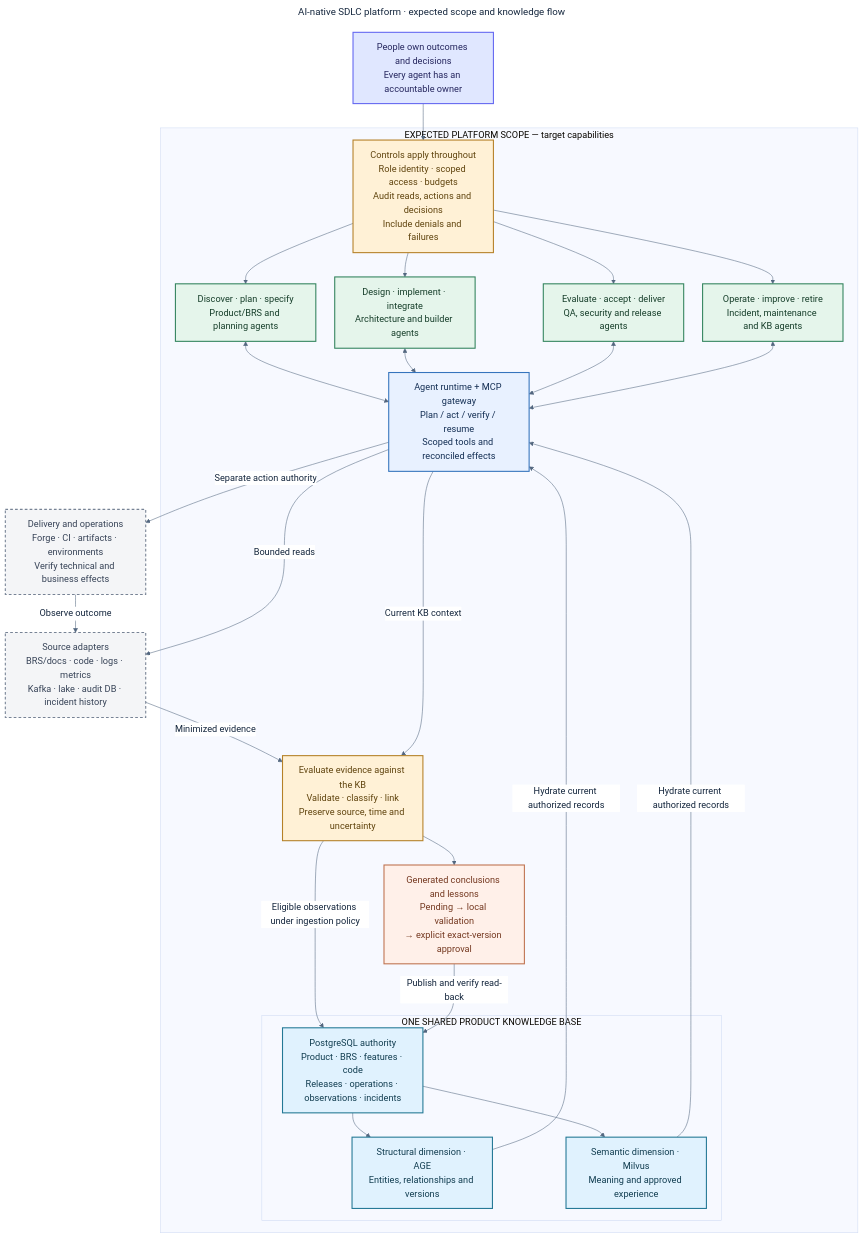
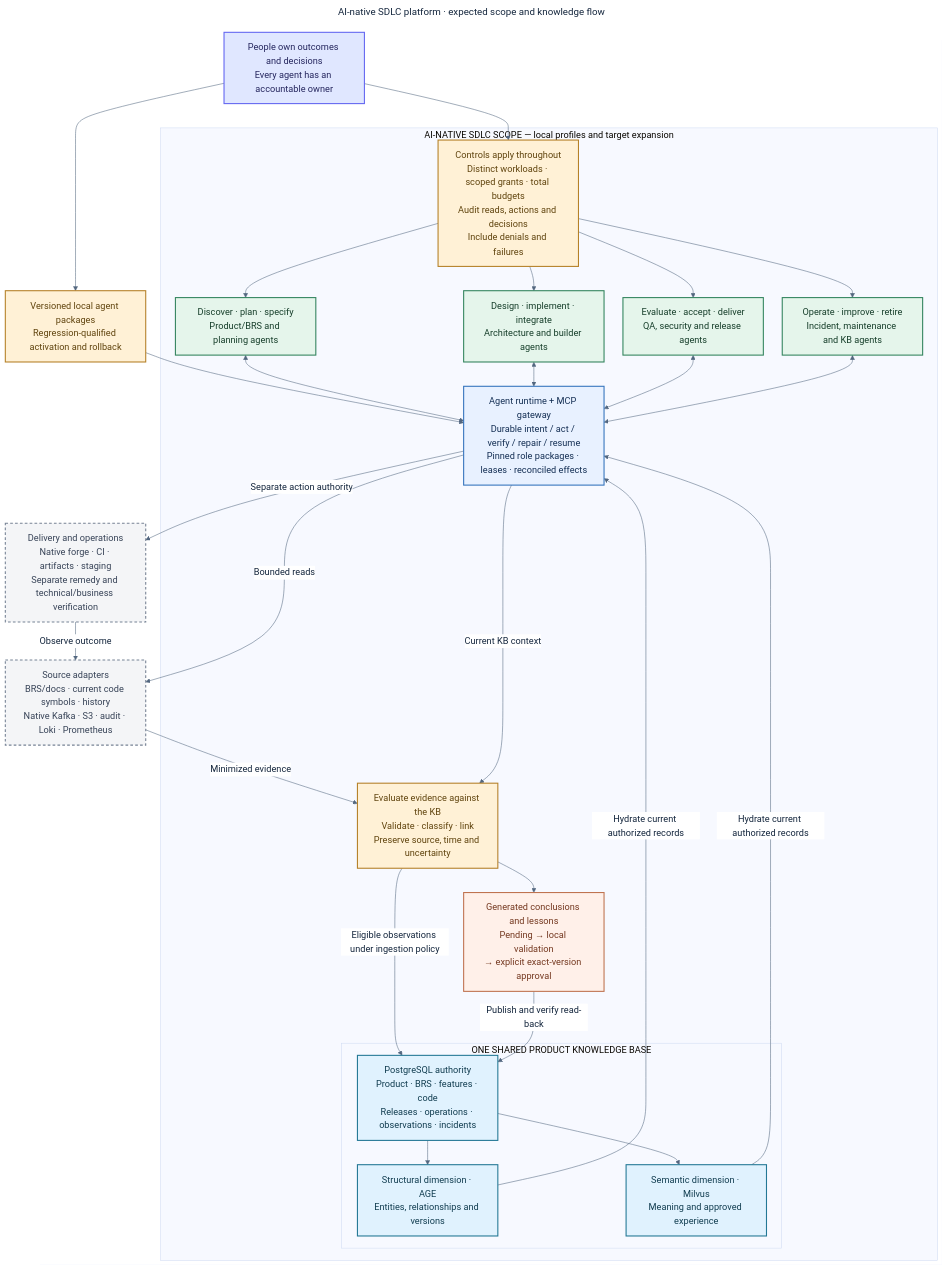
One commit to dhanuka84/local-ai-development-platform changed the diagram in docs/diagrams/ai-native-sdlc-scope.mmd. Above: the diagram before and after it, drawn with Mermaid. The commit also changed 136 other files, not shown here.

Commit message:
feat: complete bounded AI-native SDLC execution and acceptance

```diff
--- a/docs/diagrams/ai-native-sdlc-scope.mmd
+++ b/docs/diagrams/ai-native-sdlc-scope.mmd
@@ -1,50 +1,53 @@
 ---
 title: AI-native SDLC platform · expected scope and knowledge flow
 ---
 %%{init: {"theme":"base","themeVariables":{"fontFamily":"Arial, sans-serif","fontSize":"17px","primaryTextColor":"#14263d","lineColor":"#53677f","edgeLabelBackground":"#ffffff"},"flowchart":{"curve":"basis","htmlLabels":true,"nodeSpacing":35,"rankSpacing":45},"themeCSS":".nodeLabel, .edgeLabel, .cluster-label, .flowchartTitleText { font-family: Arial, sans-serif !important; }"}}%%
 flowchart TB
     HUMAN["People own outcomes and decisions<br/>Every agent has an accountable owner"]:::client
 
-    subgraph PLATFORM["EXPECTED PLATFORM SCOPE — target capabilities"]
-        CONTROL["Controls apply throughout<br/>Role identity · scoped access · budgets<br/>Audit reads, actions and decisions<br/>Include denials and failures"]:::gate
+    subgraph PLATFORM["AI-NATIVE SDLC SCOPE — local profiles and target expansion"]
+        CONTROL["Controls apply throughout<br/>Distinct workloads · scoped grants · total budgets<br/>Audit reads, actions and decisions<br/>Include denials and failures"]:::gate
         PLAN["Discover · plan · specify<br/>Product/BRS and planning agents"]:::local
         BUILD["Design · implement · integrate<br/>Architecture and builder agents"]:::local
         TEST["Evaluate · accept · deliver<br/>QA, security and release agents"]:::local
         OPS["Operate · improve · retire<br/>Incident, maintenance and KB agents"]:::local
-        MCP["Agent runtime + MCP gateway<br/>Plan / act / verify / resume<br/>Scoped tools and reconciled effects"]:::service
+        MCP["Agent runtime + MCP gateway<br/>Durable intent / act / verify / repair / resume<br/>Pinned role packages · leases · reconciled effects"]:::service
 
         subgraph KB["ONE SHARED PRODUCT KNOWLEDGE BASE"]
             PG["PostgreSQL authority<br/>Product · BRS · features · code<br/>Releases · operations · observations · incidents"]:::data
             GRAPH["Structural dimension · AGE<br/>Entities, relationships and versions"]:::data
             SEM["Semantic dimension · Milvus<br/>Meaning and approved experience"]:::data
         end
 
         INGEST["Evaluate evidence against the KB<br/>Validate · classify · link<br/>Preserve source, time and uncertainty"]:::gate
         PENDING["Generated conclusions and lessons<br/>Pending → local validation<br/>→ explicit exact-version approval"]:::pending
     end
 
-    SOURCE["Source adapters<br/>BRS/docs · code · logs · metrics<br/>Kafka · lake · audit DB · incident history"]:::external
-    DELIVERY["Delivery and operations<br/>Forge · CI · artifacts · environments<br/>Verify technical and business effects"]:::external
+    PACKAGE["Versioned local agent packages<br/>Regression-qualified activation and rollback"]:::gate
+    HUMAN --> PACKAGE --> MCP
+
+    SOURCE["Source adapters<br/>BRS/docs · current code symbols · history<br/>Native Kafka · S3 · audit · Loki · Prometheus"]:::external
+    DELIVERY["Delivery and operations<br/>Native forge · CI · artifacts · staging<br/>Separate remedy and technical/business verification"]:::external
 
     HUMAN --> CONTROL
     CONTROL --> PLAN & BUILD & TEST & OPS
     PLAN & BUILD & TEST & OPS <--> MCP
     MCP -->|Bounded reads| SOURCE
     SOURCE -->|Minimized evidence| INGEST
     MCP -->|Current KB context| INGEST
     INGEST -->|Eligible observations under ingestion policy| PG
     INGEST --> PENDING -->|Publish and verify read-back| PG
     PG --> GRAPH
     PG --> SEM
     GRAPH -->|Hydrate current authorized records| MCP
     SEM -->|Hydrate current authorized records| MCP
     MCP -->|Separate action authority| DELIVERY
     DELIVERY -->|Observe outcome| SOURCE
 
     classDef client fill:#e0e7ff,stroke:#6366f1,color:#25265e,stroke-width:2px;
     classDef service fill:#e8f1ff,stroke:#3574bd,color:#142f54,stroke-width:2px;
     classDef local fill:#e5f5eb,stroke:#33845e,color:#163e2a,stroke-width:2px;
     classDef data fill:#e0f2fe,stroke:#237895,color:#113d50,stroke-width:2px;
     classDef gate fill:#fff1d6,stroke:#b58128,color:#60440e,stroke-width:2px;
     classDef pending fill:#fff0e9,stroke:#bf7350,color:#743820,stroke-width:2px;
     classDef external fill:#f4f5f7,stroke:#778395,color:#374357,stroke-width:2px,stroke-dasharray:5 4;
```
